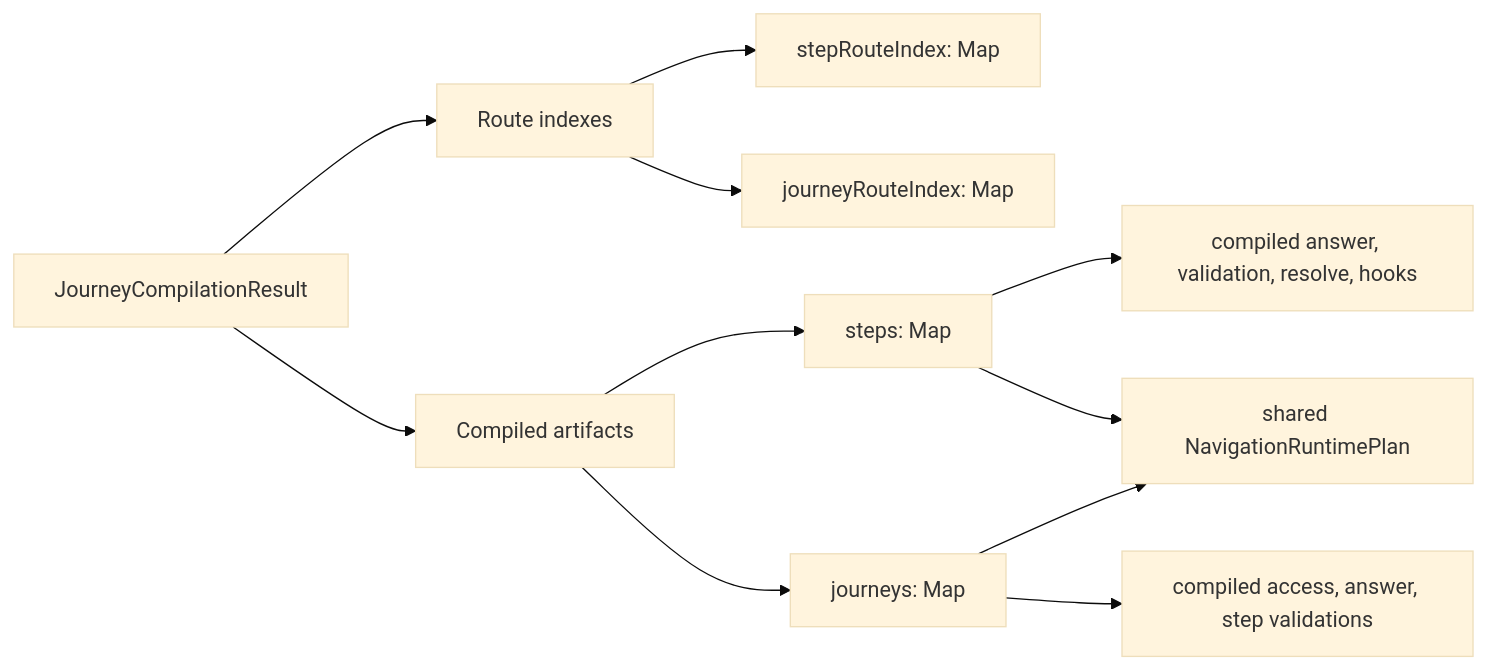
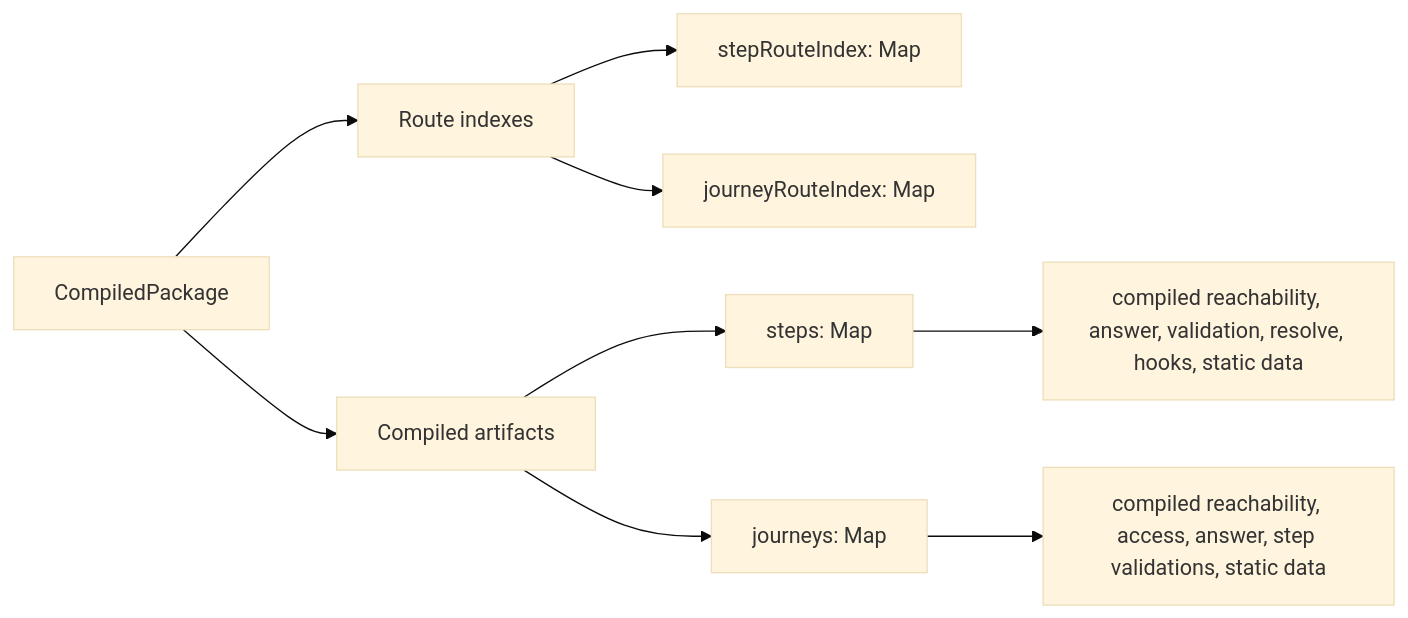
Before and after one commit to ministryofjustice/hmpps-forge: the second of 2 diagrams in packages/forge-core/src/engine/compilation/README.md, drawn with Mermaid (base theme). The commit also changed other lines of this file and 62 other files, not shown here.

````diff
--- a/packages/forge-core/src/engine/compilation/README.md
+++ b/packages/forge-core/src/engine/compilation/README.md
@@ -95,13 +95,11 @@
 ```mermaid
 flowchart LR
-  result["JourneyCompilationResult"] --> routeIndexes["Route indexes"]
+  result["CompiledPackage"] --> routeIndexes["Route indexes"]
   result --> compiledArtifacts["Compiled artifacts"]
   routeIndexes --> stepRouteIndex["stepRouteIndex: Map<NodeId, StepRouteDescriptor>"]
   routeIndexes --> journeyRouteIndex["journeyRouteIndex: Map<NodeId, JourneyRouteDescriptor>"]
   compiledArtifacts --> steps["steps: Map<NodeId, CompiledStep>"]
   compiledArtifacts --> journeys["journeys: Map<NodeId, CompiledJourney>"]
-  steps --> stepFunctions["compiled answer, validation, resolve, hooks"]
-  journeys --> journeyFunctions["compiled access, answer, step validations"]
-  steps --> sharedNavigation["shared NavigationRuntimePlan"]
-  journeys --> sharedNavigation
+  steps --> stepFunctions["compiled reachability, answer, validation, resolve, hooks, static data"]
+  journeys --> journeyFunctions["compiled reachability, access, answer, step validations, static data"]
 ```
````
